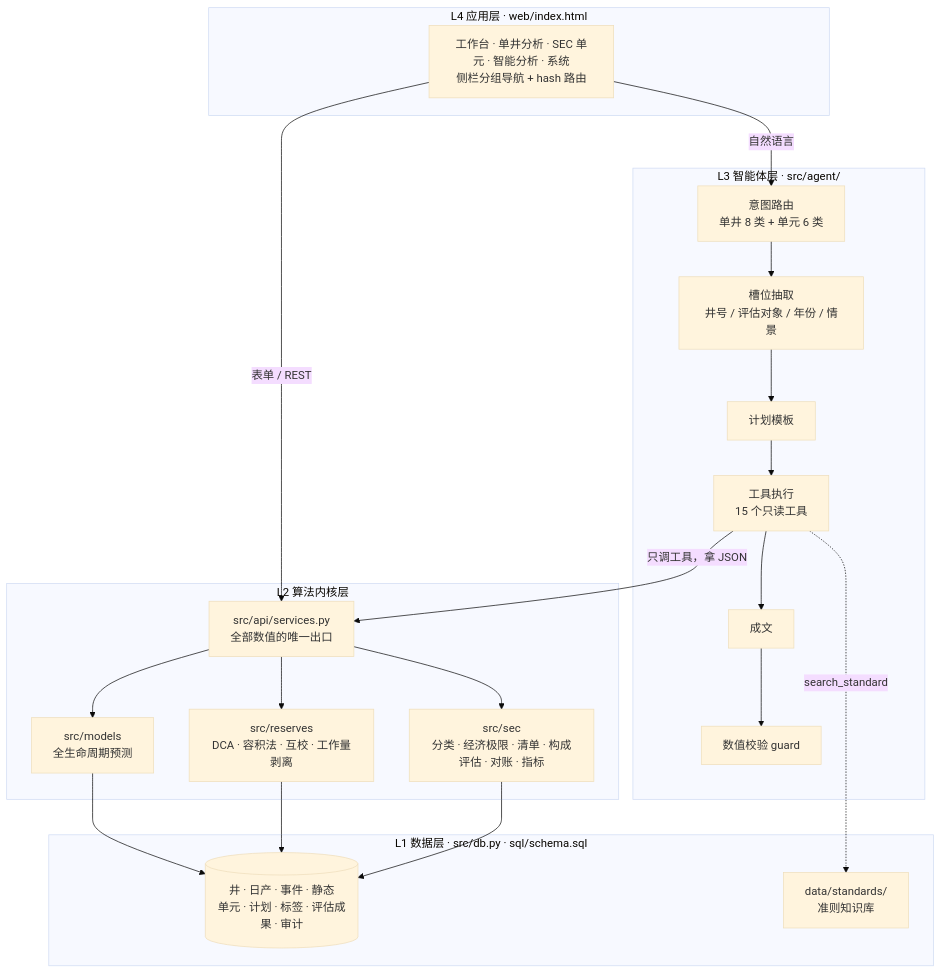
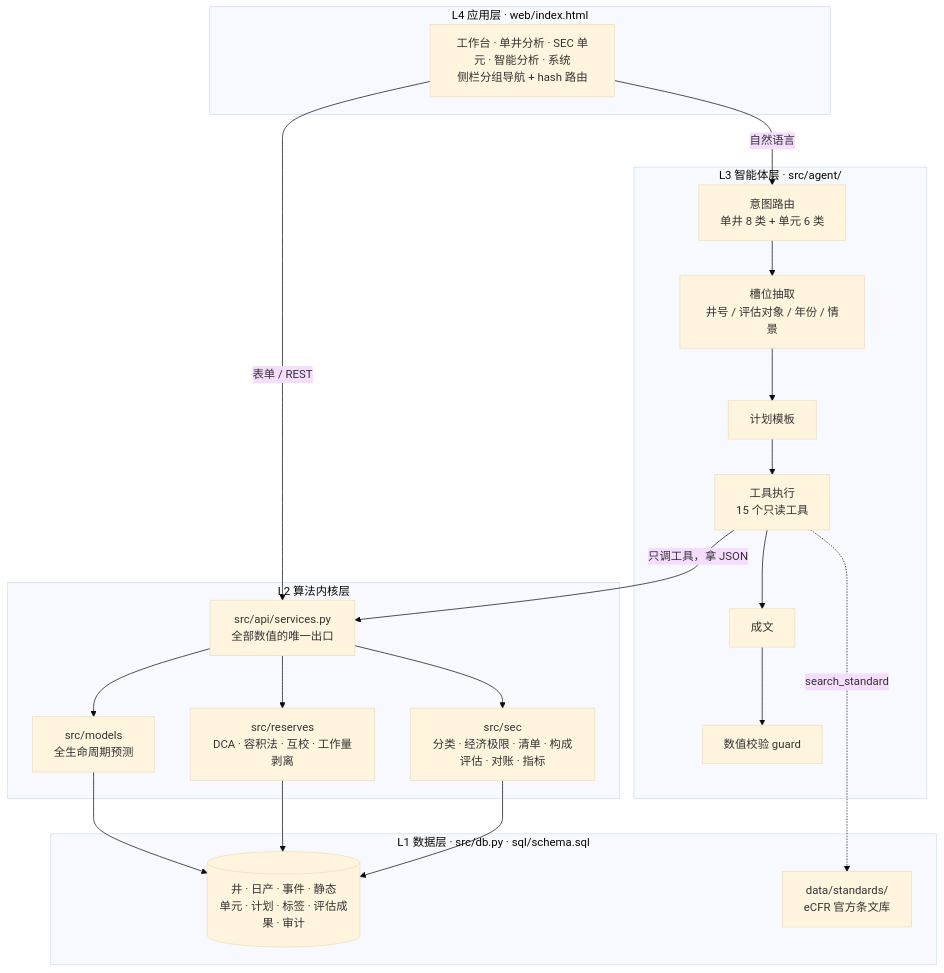
The first of 3 diagrams in README.md (xu5733089/oilwell-lifecycle-sec), drawn with Mermaid (base theme) before and after one commit. The commit also changed other lines of this file and 35 other files, not shown here.

````diff
--- a/README.md
+++ b/README.md
@@ -179,25 +187,25 @@
 ```mermaid
 flowchart TB
     subgraph L4["L4 应用层 · web/index.html"]
         UI["工作台 · 单井分析 · SEC 单元 · 智能分析 · 系统<br/>侧栏分组导航 + hash 路由"]
     end
     subgraph L3["L3 智能体层 · src/agent/"]
         R["意图路由<br/>单井 8 类 + 单元 6 类"] --> SL["槽位抽取<br/>井号 / 评估对象 / 年份 / 情景"] --> P["计划模板"] --> T["工具执行<br/>15 个只读工具"] --> C["成文"] --> G["数值校验 guard"]
     end
     subgraph L2["L2 算法内核层"]
         API["src/api/services.py<br/>全部数值的唯一出口"]
         M["src/models<br/>全生命周期预测"]
         RS["src/reserves<br/>DCA · 容积法 · 互校 · 工作量剥离"]
         SEC["src/sec<br/>分类 · 经济极限 · 清单 · 构成评估 · 对账 · 指标"]
         API --> M & RS & SEC
     end
     subgraph L1["L1 数据层 · src/db.py · sql/schema.sql"]
         DB[("井 · 日产 · 事件 · 静态<br/>单元 · 计划 · 标签 · 评估成果 · 审计")]
-        KB["data/standards/<br/>准则知识库"]
+        KB["data/standards/<br/>eCFR 官方条文库"]
     end
     UI -- "表单 / REST" --> API
     UI -- "自然语言" --> R
     T -- "只调工具，拿 JSON" --> API
     M & RS & SEC --> DB
     T -. "search_standard" .-> KB
 ```
````
